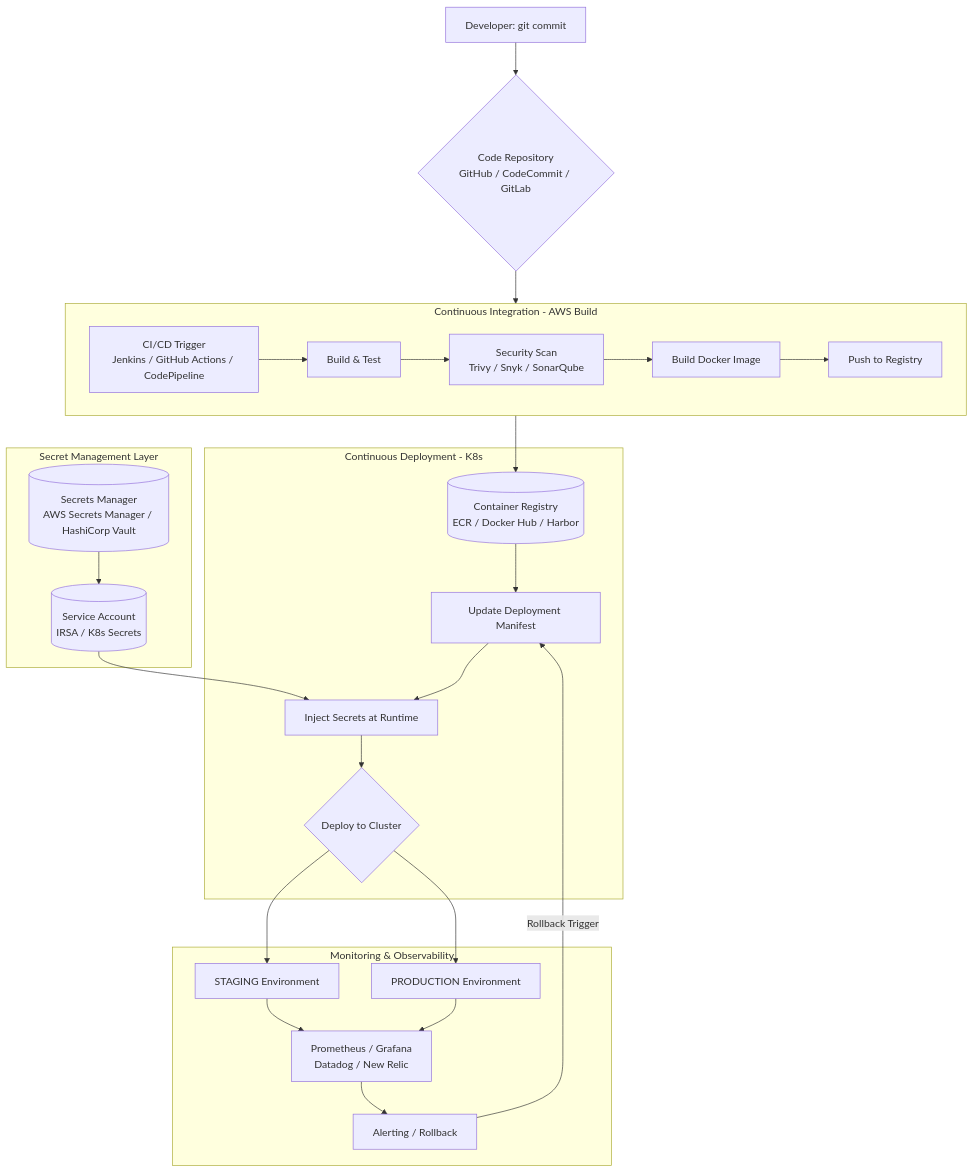
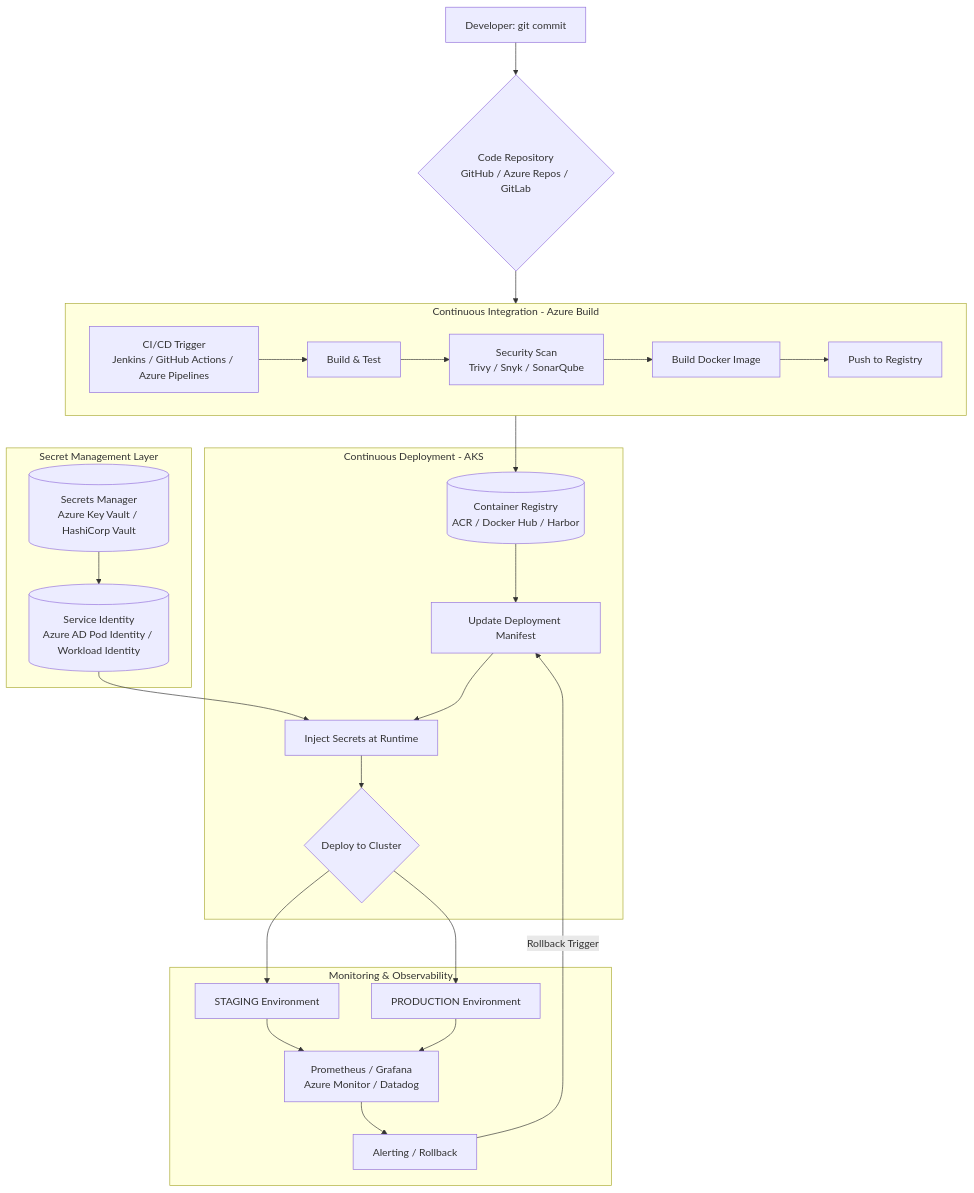
Before and after one commit to Vineet-Sharma-Medium-Stories/Medium-Build-Tool: the diagram in Code to Cluster: Building a Bulletproof Kubernetes Deployment Pipeline on AWS.md, drawn with Mermaid. The commit also changed 29 other files, not shown here.

Commit message:
Markdown Table & Mermaid Diagram Extractor

````diff
--- a/Code to Cluster: Building a Bulletproof Kubernetes Deployment Pipeline on AWS.md
+++ b/Code to Cluster: Building a Bulletproof Kubernetes Deployment Pipeline on AWS.md
@@ -19,39 +19,39 @@
 ```mermaid
 graph TD
-    A[Developer: git commit] --> B{Code Repository<br/>GitHub / CodeCommit / GitLab};
-    B --> C[CI/CD Trigger<br/>Jenkins / GitHub Actions / CodePipeline];
+    A[Developer: git commit] --> B{Code Repository<br/>GitHub / Azure Repos / GitLab};
+    B --> C[CI/CD Trigger<br/>Jenkins / GitHub Actions / Azure Pipelines];
 
-    subgraph CI Pipeline [Continuous Integration - AWS Build]
+    subgraph CI_Pipeline [Continuous Integration - Azure Build]
         direction LR
         C --> D[Build & Test];
         D --> E[Security Scan<br/>Trivy / Snyk / SonarQube];
         E --> F[Build Docker Image];
         F --> G[Push to Registry];
     end
 
-    G --> H[(Container Registry<br/>ECR / Docker Hub / Harbor)];
+    G --> H[(Container Registry<br/>ACR / Docker Hub / Harbor)];
 
-    subgraph Secret Management [Secret Management Layer]
-        I[(Secrets Manager<br/>AWS Secrets Manager / HashiCorp Vault)]
-        J[(Service Account<br/>IRSA / K8s Secrets)]
+    subgraph Secret_Management [Secret Management Layer]
+        I[(Secrets Manager<br/>Azure Key Vault / HashiCorp Vault)]
+        J[(Service Identity<br/>Azure AD Pod Identity / Workload Identity)]
         I --> J
     end
 
-    subgraph CD Pipeline [Continuous Deployment - K8s]
+    subgraph CD_Pipeline [Continuous Deployment - AKS]
         H --> K[Update Deployment Manifest];
         J --> L[Inject Secrets at Runtime];
         K --> L;
         L --> M{Deploy to Cluster};
     end
 
     M --> N[STAGING Environment];
     M --> O[PRODUCTION Environment];
 
     subgraph Observability [Monitoring & Observability]
-        N --> P[Prometheus / Grafana<br/>Datadog / New Relic];
+        N --> P[Prometheus / Grafana<br/>Azure Monitor / Datadog];
         O --> P;
         P --> Q[Alerting / Rollback];
     end
 
     Q -- "Rollback Trigger" --> K;
 ```
````
